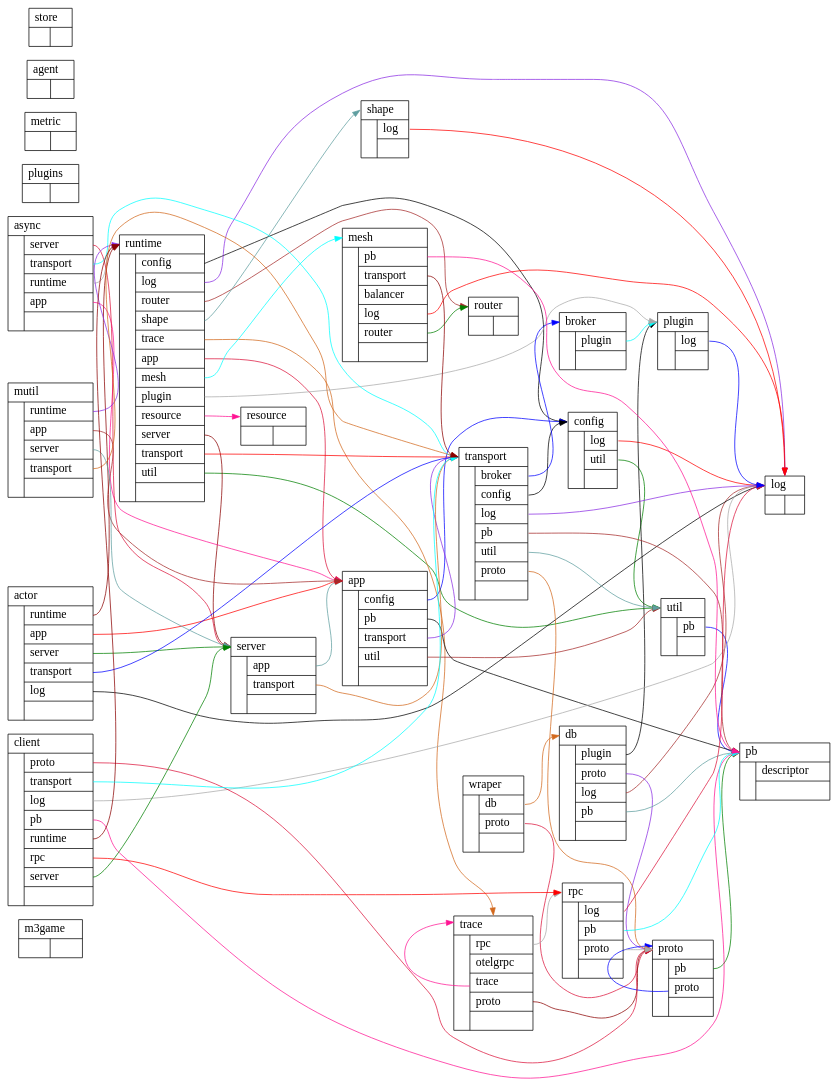
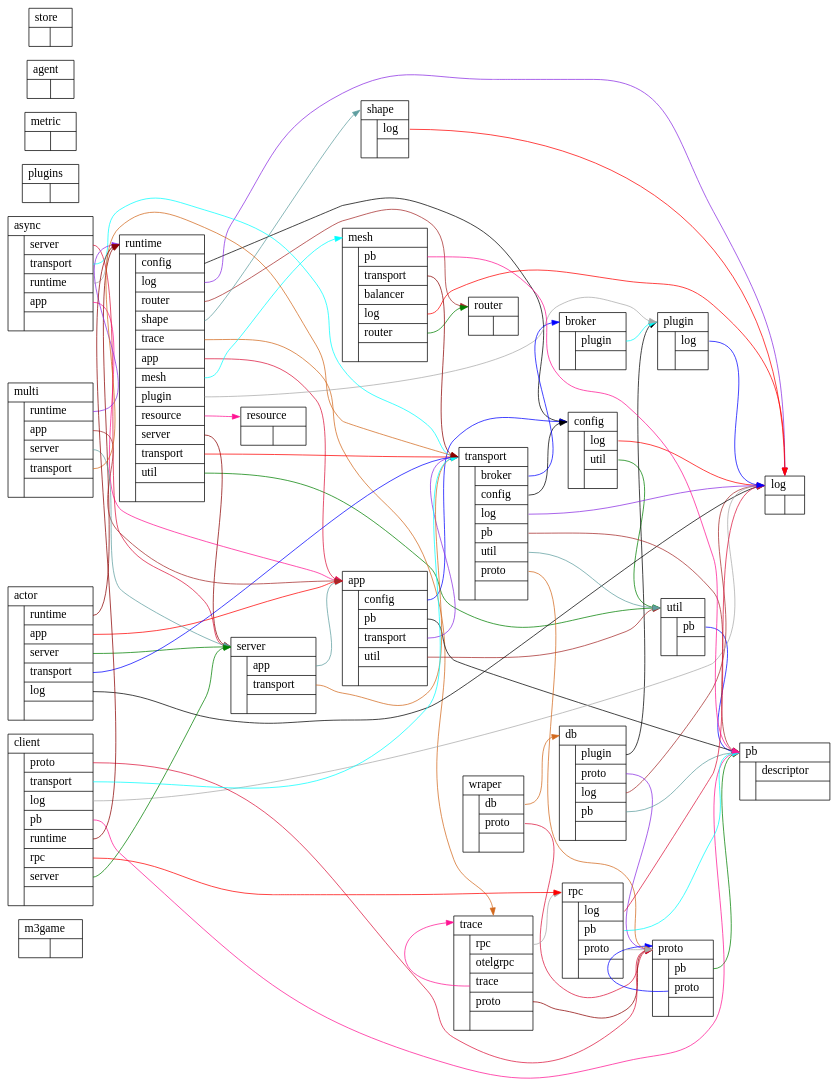
The diagram in tools/refer/Graph.dot (Tudongye/m3game), drawn with Graphviz before and after one commit. The commit also changed 33 other files, not shown here.

```diff
--- a/tools/refer/Graph.dot
+++ b/tools/refer/Graph.dot
@@ -189,8 +189,8 @@
             }}"
         shape = "record"
     ];
-    "mutil" [
-        label = "<head> mutil\l|
+    "multi" [
+        label = "<head> multi\l|
             {|{
                 <runtime> runtime\l|
                 <app> app\l|
@@ -295,10 +295,10 @@
     actor:server -> server:head[color="green"]
     actor:transport -> transport:head[color="blue"]
     actor:log -> log:head[color="black"]
-    mutil:runtime -> runtime:head[color="blueviolet"]
-    mutil:app -> app:head[color="brown"]
-    mutil:server -> server:head[color="cadetblue"]
-    mutil:transport -> transport:head[color="chocolate"]
+    multi:runtime -> runtime:head[color="blueviolet"]
+    multi:app -> app:head[color="brown"]
+    multi:server -> server:head[color="cadetblue"]
+    multi:transport -> transport:head[color="chocolate"]
     client:proto -> proto:head[color="crimson"]
     client:transport -> transport:head[color="cyan"]
     client:log -> log:head[color="darkgrey"]
```
